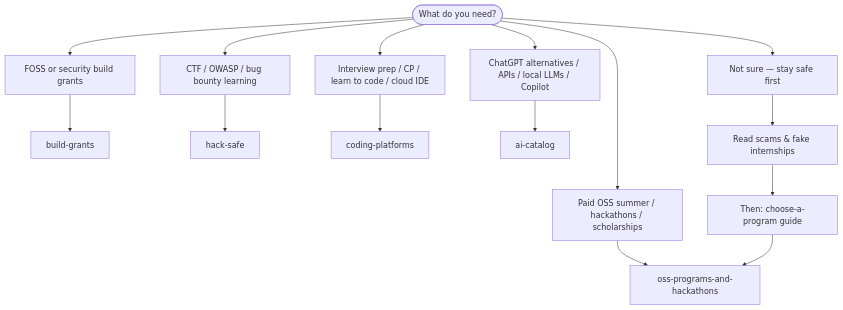
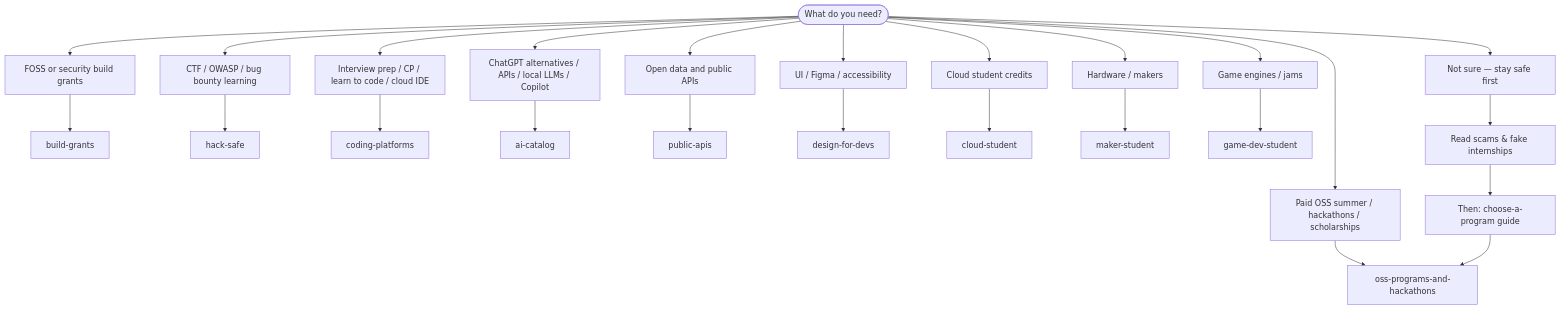
Before and after one commit to Jay-Lokhande/student-dev-catalogs: the diagram in README.md, drawn with Mermaid. The commit also changed other lines of this file, not shown here.

Commit message:
Add five new catalogs to hub table and flowchart.

````diff
--- a/README.md
+++ b/README.md
@@ -13,19 +13,29 @@
 ```mermaid
 flowchart TD
   start([What do you need?])
   start --> oss[Paid OSS summer / hackathons / scholarships]
   start --> grants[FOSS or security build grants]
   start --> sec[CTF / OWASP / bug bounty learning]
   start --> code[Interview prep / CP / learn to code / cloud IDE]
   start --> ai[ChatGPT alternatives / APIs / local LLMs / Copilot]
+  start --> apis[Open data and public APIs]
+  start --> design[UI / Figma / accessibility]
+  start --> cloud[Cloud student credits]
+  start --> maker[Hardware / makers]
+  start --> games[Game engines / jams]
   start --> safe[Not sure — stay safe first]
 
   oss --> ossRepo[oss-programs-and-hackathons]
   grants --> grantsRepo[build-grants]
   sec --> secRepo[hack-safe]
   code --> codeRepo[coding-platforms]
   ai --> aiRepo[ai-catalog]
+  apis --> apisRepo[public-apis]
+  design --> designRepo[design-for-devs]
+  cloud --> cloudRepo[cloud-student]
+  maker --> makerRepo[maker-student]
+  games --> gamesRepo[game-dev-student]
   safe --> scam[Read scams & fake internships]
   scam --> choose[Then: choose-a-program guide]
   choose --> ossRepo
 ```
````
